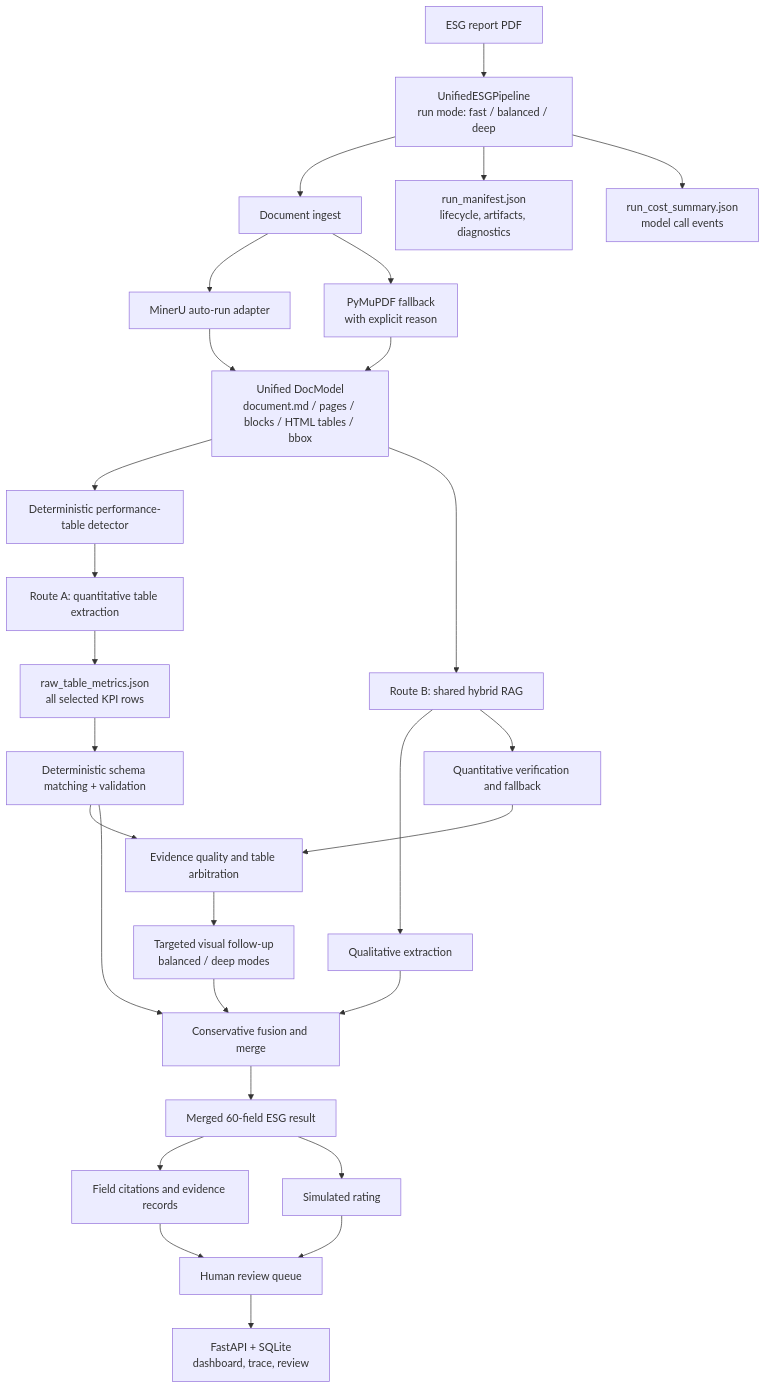
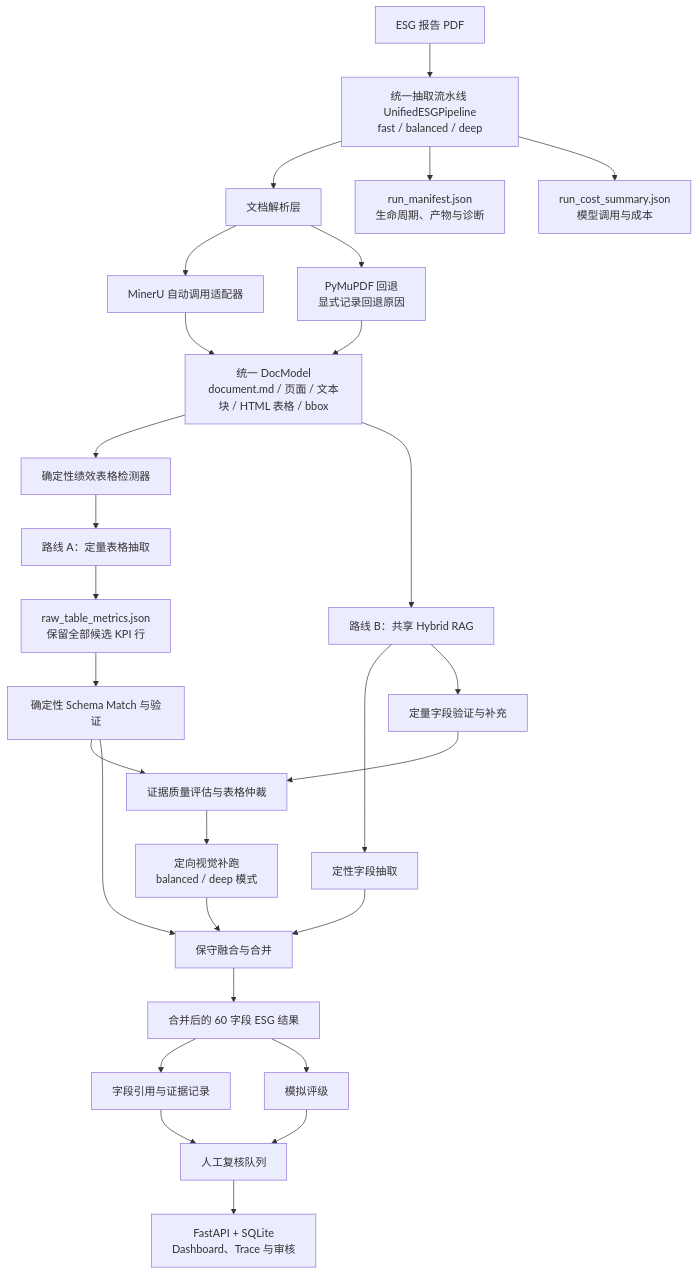
Before and after one commit to ehx0613/esg-multimodal-extraction-agent: the first of 2 diagrams in docs/architecture_current.md, drawn with Mermaid. The commit also changed other lines of this file and 3 other files, not shown here.

Commit message:
docs: 更新当前架构图和中文文档

````diff
--- a/docs/architecture_current.md
+++ b/docs/architecture_current.md
@@ -8,35 +8,35 @@
 ```mermaid
 flowchart TB
-    PDF["ESG report PDF"] --> UP["UnifiedESGPipeline<br/>run mode: fast / balanced / deep"]
-    UP --> INGEST["Document ingest"]
-    INGEST --> MINERU["MinerU auto-run adapter"]
-    INGEST --> FALLBACK["PyMuPDF fallback<br/>with explicit reason"]
-    MINERU --> DOC["Unified DocModel<br/>document.md / pages / blocks / HTML tables / bbox"]
+    PDF["ESG 报告 PDF"] --> UP["统一抽取流水线 UnifiedESGPipeline<br/>fast / balanced / deep"]
+    UP --> INGEST["文档解析层"]
+    INGEST --> MINERU["MinerU 自动调用适配器"]
+    INGEST --> FALLBACK["PyMuPDF 回退<br/>显式记录回退原因"]
+    MINERU --> DOC["统一 DocModel<br/>document.md / 页面 / 文本块 / HTML 表格 / bbox"]
     FALLBACK --> DOC
 
-    DOC --> DETECT["Deterministic performance-table detector"]
-    DETECT --> RA["Route A: quantitative table extraction"]
-    RA --> RAW["raw_table_metrics.json<br/>all selected KPI rows"]
-    RAW --> MATCH["Deterministic schema matching + validation"]
+    DOC --> DETECT["确定性绩效表格检测器"]
+    DETECT --> RA["路线 A：定量表格抽取"]
+    RA --> RAW["raw_table_metrics.json<br/>保留全部候选 KPI 行"]
+    RAW --> MATCH["确定性 Schema Match 与验证"]
 
-    DOC --> RB["Route B: shared hybrid RAG"]
-    RB --> QUAL["Qualitative extraction"]
-    RB --> QUANT["Quantitative verification and fallback"]
+    DOC --> RB["路线 B：共享 Hybrid RAG"]
+    RB --> QUAL["定性字段抽取"]
+    RB --> QUANT["定量字段验证与补充"]
 
-    MATCH --> ARB["Evidence quality and table arbitration"]
+    MATCH --> ARB["证据质量评估与表格仲裁"]
     QUANT --> ARB
-    ARB --> FOLLOW["Targeted visual follow-up<br/>balanced / deep modes"]
-    FOLLOW --> FUSION["Conservative fusion and merge"]
+    ARB --> FOLLOW["定向视觉补跑<br/>balanced / deep 模式"]
+    FOLLOW --> FUSION["保守融合与合并"]
     QUAL --> FUSION
     MATCH --> FUSION
 
-    FUSION --> RESULT["Merged 60-field ESG result"]
-    RESULT --> CITATION["Field citations and evidence records"]
-    RESULT --> RATING["Simulated rating"]
-    CITATION --> REVIEW["Human review queue"]
+    FUSION --> RESULT["合并后的 60 字段 ESG 结果"]
+    RESULT --> CITATION["字段引用与证据记录"]
+    RESULT --> RATING["模拟评级"]
+    CITATION --> REVIEW["人工复核队列"]
     RATING --> REVIEW
 
-    UP --> MANIFEST["run_manifest.json<br/>lifecycle, artifacts, diagnostics"]
-    UP --> COST["run_cost_summary.json<br/>model call events"]
-    REVIEW --> API["FastAPI + SQLite<br/>dashboard, trace, review"]
+    UP --> MANIFEST["run_manifest.json<br/>生命周期、产物与诊断"]
+    UP --> COST["run_cost_summary.json<br/>模型调用与成本"]
+    REVIEW --> API["FastAPI + SQLite<br/>Dashboard、Trace 与审核"]
 ```
````
